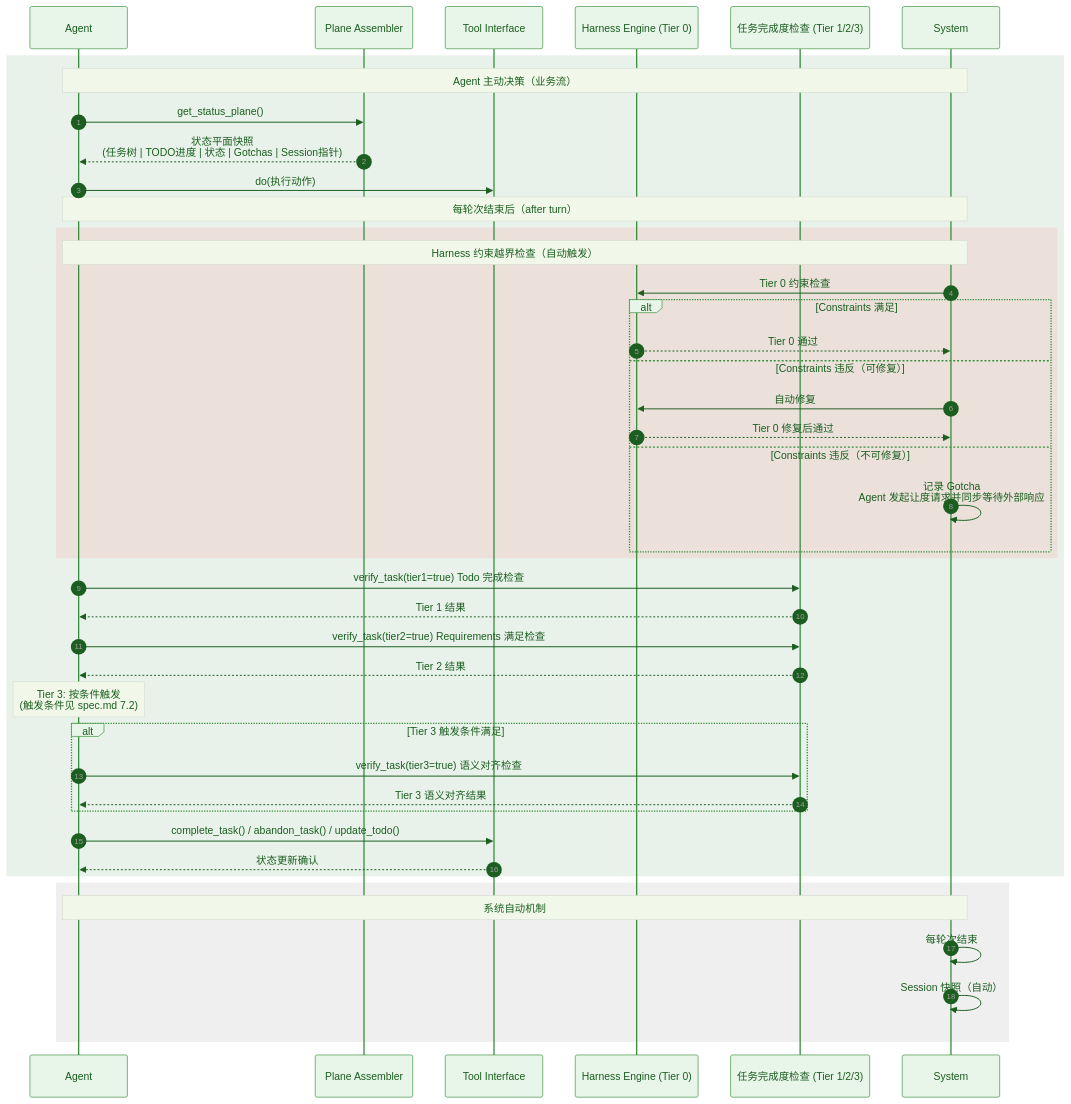
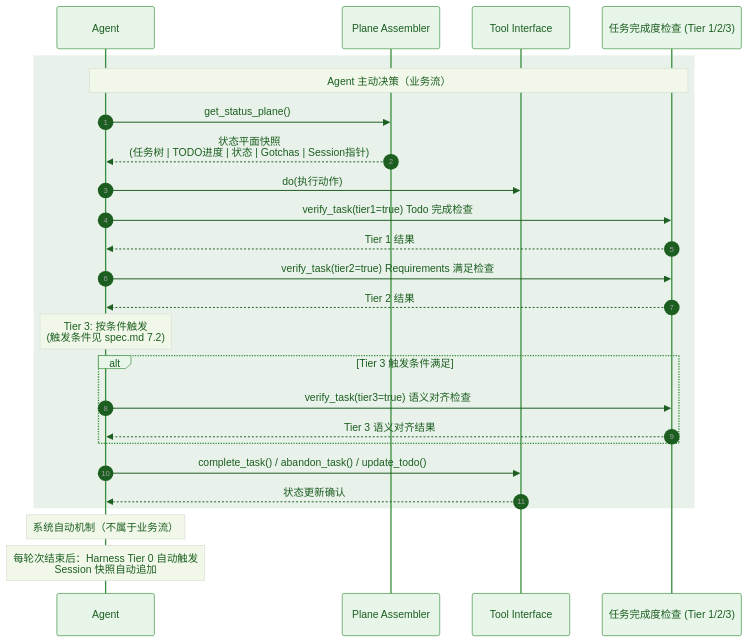
The second of 3 diagrams in docs/arch.md (Lazyn0tBug/mem0ress), drawn with Mermaid before and after one commit. The commit also changed other lines of this file, not shown here.

Commit message:
docs(arch): 精简 Tier 0 重复描述
- 2.4 Harness Engine: 去掉与序列图重复的行为描述，合并为一句职责说明
- 4.1 序列图: 移除 Tier 0 自动触发部分（系统自动机制不属于 Agent 业务流）

不再重复: Tier 0 流程在 2.4 和序列图中出现两次

````diff
--- a/docs/arch.md
+++ b/docs/arch.md
@@ -149,55 +142,36 @@
 ```mermaid
 %% label：Agent 驱动的业务闭环
 %%{ init: { 'theme': 'base', 'themeVariables': { 'primaryColor': '#e8f5e9', 'primaryTextColor': '#1b5e20', 'primaryBorderColor': '#388e3c', 'lineColor': '#616161', 'noteBkgColor': '#f1f8e9', 'noteTextColor': '#1b5e20' } } }%%
 sequenceDiagram
     autonumber
     participant Agent
     participant PA as Plane Assembler
     participant TI as Tool Interface
-    participant HE as Harness Engine (Tier 0)
     participant VC as 任务完成度检查 (Tier 1/2/3)
-    participant System
 
     rect rgba(46, 125, 50, 0.1)
-        Note over Agent,System: Agent 主动决策（业务流）
+        Note over Agent,VC: Agent 主动决策（业务流）
         Agent->>PA: get_status_plane()
         PA-->>Agent: 状态平面快照<br/>(任务树 | TODO进度 | 状态 | Gotchas | Session指针)
 
         Agent->>TI: do(执行动作)
-
-        Note over Agent,System: 每轮次结束后（after turn）
-        rect rgba(239, 154, 154, 0.2)
-            Note over Agent,System: Harness 约束越界检查（自动触发）
-            System->>HE: Tier 0 约束检查
-            alt Constraints 满足
-                HE-->>System: Tier 0 通过
-            else Constraints 违反（可修复）
-                System->>HE: 自动修复
-                HE-->>System: Tier 0 修复后通过
-            else Constraints 违反（不可修复）
-                System->>System: 记录 Gotcha<br/>Agent 发起让度请求并同步等待外部响应
-            end
-        end
 
         Agent->>VC: verify_task(tier1=true) Todo 完成检查
         VC-->>Agent: Tier 1 结果
 
         Agent->>VC: verify_task(tier2=true) Requirements 满足检查
         VC-->>Agent: Tier 2 结果
 
         Note over Agent: Tier 3: 按条件触发<br/>(触发条件见 spec.md 7.2)
         alt Tier 3 触发条件满足
             Agent->>VC: verify_task(tier3=true) 语义对齐检查
             VC-->>Agent: Tier 3 语义对齐结果
         end
 
         Agent->>TI: complete_task() / abandon_task() / update_todo()
         TI-->>Agent: 状态更新确认
     end
 
-    rect rgba(100, 100, 100, 0.1)
-        Note over Agent,System: 系统自动机制
-        System->>System: 每轮次结束
-        System->>System: Session 快照（自动）
-    end
+    Note over Agent: 系统自动机制（不属于业务流）
+    Note over Agent: 每轮次结束后：Harness Tier 0 自动触发<br/>Session 快照自动追加
 ```
````
